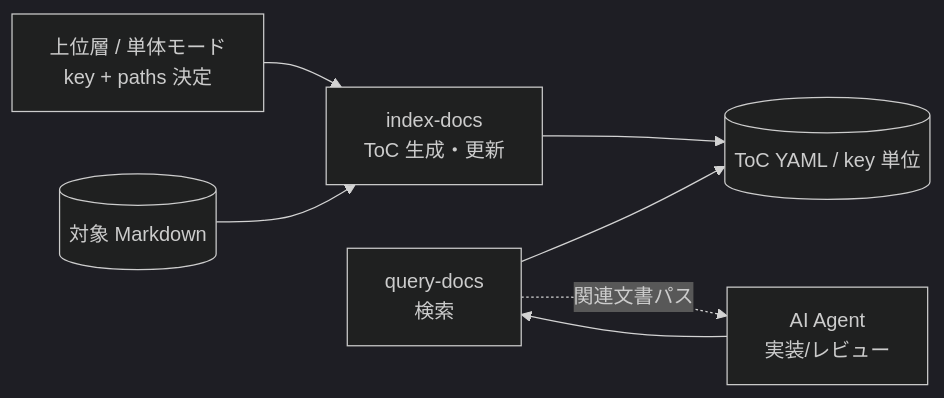
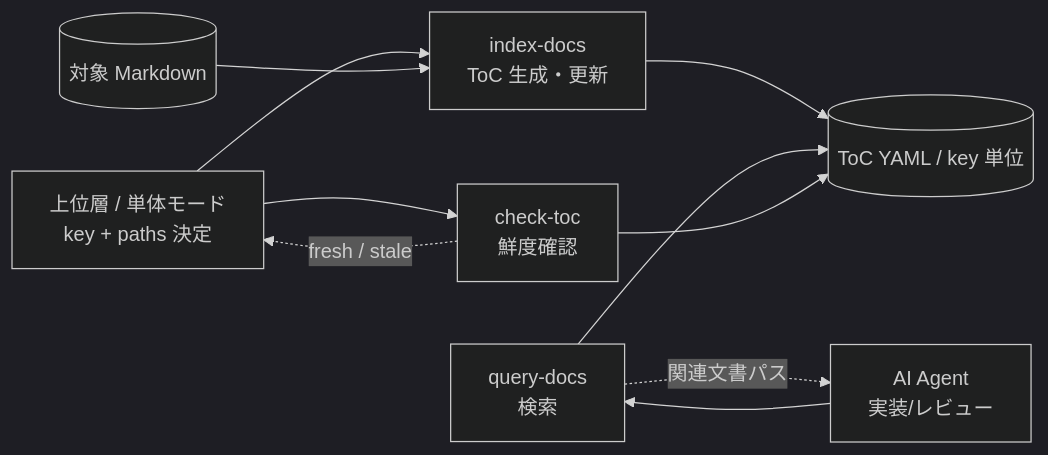
The diagram in README.md (BlueEventHorizon/DocAdvisor-CC), drawn with Mermaid (dark theme) before and after one commit. The commit also changed other lines of this file and 10 other files, not shown here.

Commit message:
docs: check-toc の仕様を base へ統合し一時 feature 文書を削除

````diff
--- a/README.md
+++ b/README.md
@@ -35,14 +36,18 @@
 ```mermaid
 flowchart LR
     UP[上位層 / 単体モード<br/>key + paths 決定]
     DOC[(対象 Markdown)]
     IX[index-docs<br/>ToC 生成・更新]
     QR[query-docs<br/>検索]
+    CK[check-toc<br/>鮮度確認]
     AI[AI Agent<br/>実装/レビュー]
 
     UP --> IX
     DOC --> IX --> TOC[(ToC YAML / key 単位)]
     QR --> TOC
+    CK --> TOC
     AI --> QR
     QR -. 関連文書パス .-> AI
+    UP --> CK
+    CK -. fresh / stale .-> UP
 ```
````
